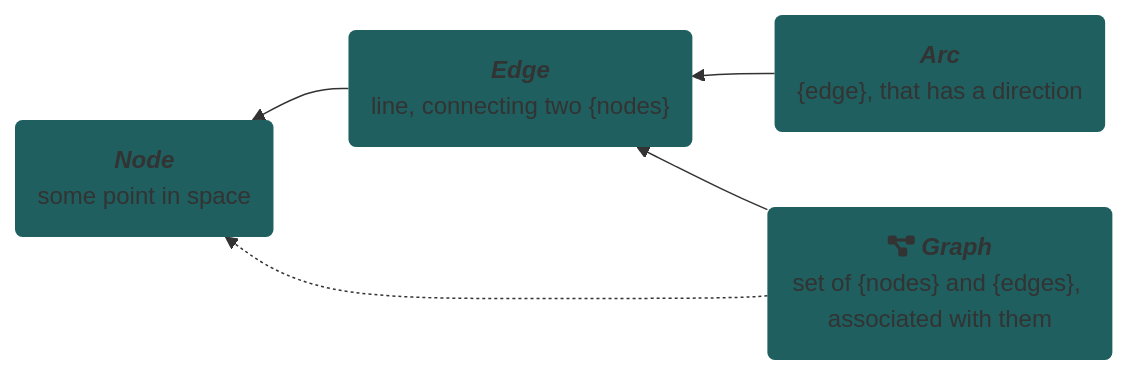
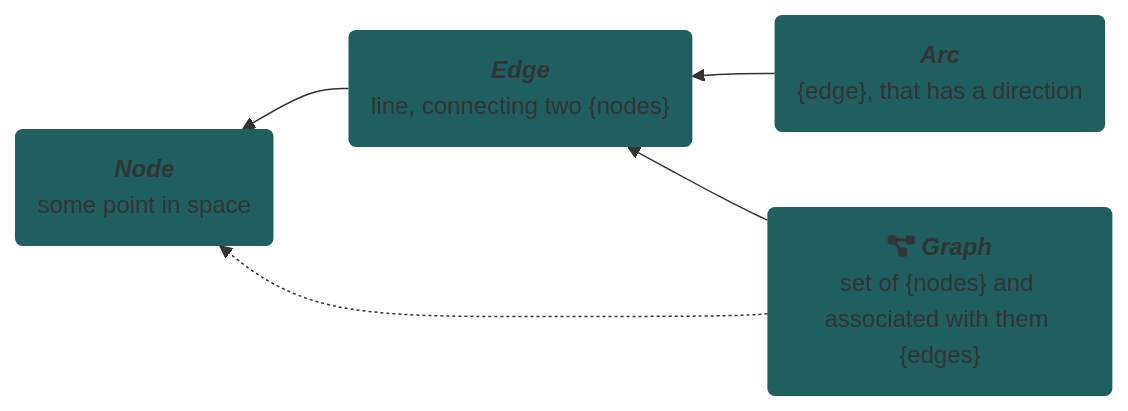
The diagram in README.md (SavenkovIgor/TermGraph), drawn with Mermaid before and after one commit.

````diff
--- a/README.md
+++ b/README.md
@@ -64,13 +64,13 @@
 ```mermaid
 graph RL
 classDef stdN fill:#1f5f5f,stroke-width:0px;
 Node("<b><i>Node</i></b></br>some point in space"):::stdN
 Edge("<b><i>Edge</i></b></br>line, connecting two {nodes}"):::stdN
 Arc("<b><i>Arc</i></b></br>{edge}, that has a direction"):::stdN
-Graph("fa:fa-diagram-project <b><i>Graph</i></b></br>set of {nodes} and {edges}, associated with them"):::stdN
+Graph("fa:fa-diagram-project <b><i>Graph</i></b></br>set of {nodes} and associated with them {edges}"):::stdN
  
 Edge --> Node
 Arc --> Edge
 Graph -.-> Node
 Graph --> Edge
 ```
````
